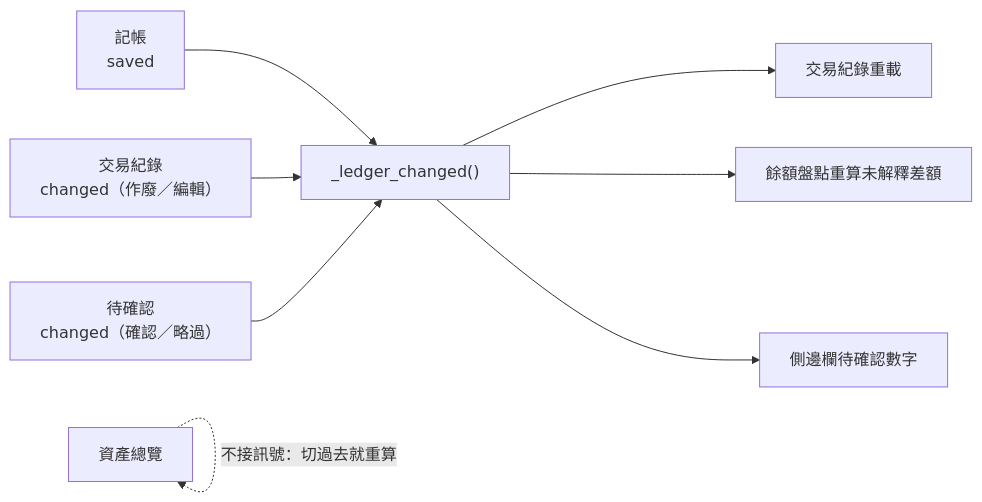
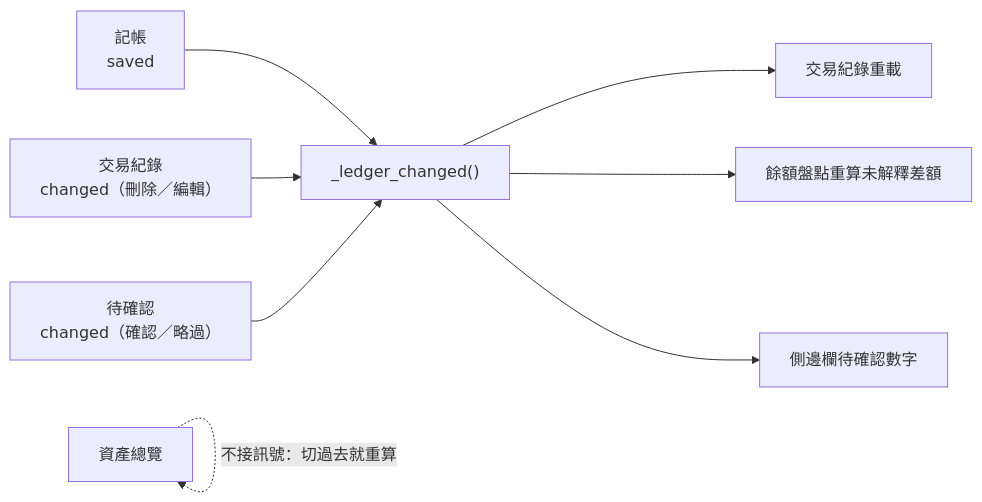
One commit to SpringRain555/tagcor-ledger changed the third of 3 diagrams in docs/architecture/ui-workflows.md. Above: the diagram before and after it, drawn with Mermaid. The commit also changed other lines of this file and 20 other files, not shown here.

````diff
--- a/docs/architecture/ui-workflows.md
+++ b/docs/architecture/ui-workflows.md
@@ -270,10 +270,10 @@
 ```mermaid
 flowchart LR
     ENTRY["記帳<br/>saved"] --> LC
-    TX["交易紀錄<br/>changed（作廢／編輯）"] --> LC
+    TX["交易紀錄<br/>changed（刪除／編輯）"] --> LC
     INBOX["待確認<br/>changed（確認／略過）"] --> LC
     LC["_ledger_changed()"] --> TXR["交易紀錄重載"]
     LC --> BAL["餘額盤點重算未解釋差額"]
     LC --> BADGE["側邊欄待確認數字"]
     OV["資產總覽"] -.->|不接訊號：切過去就重算| OV
 ```
````
